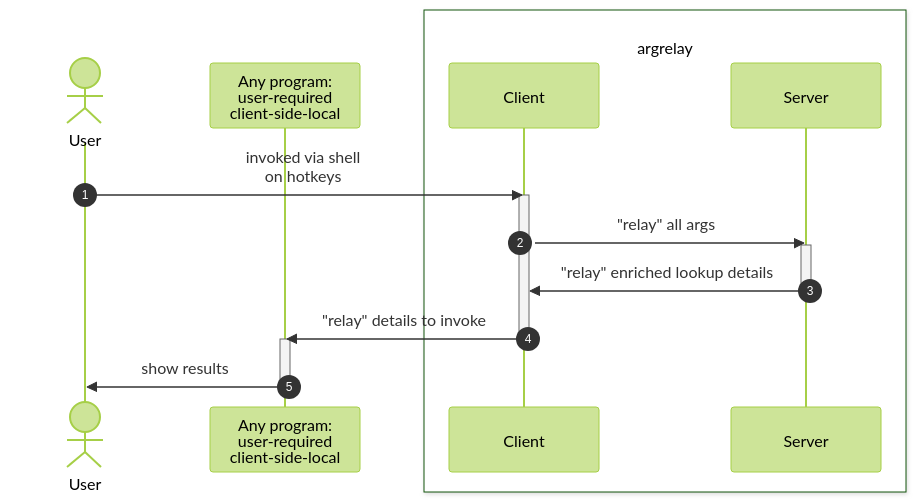
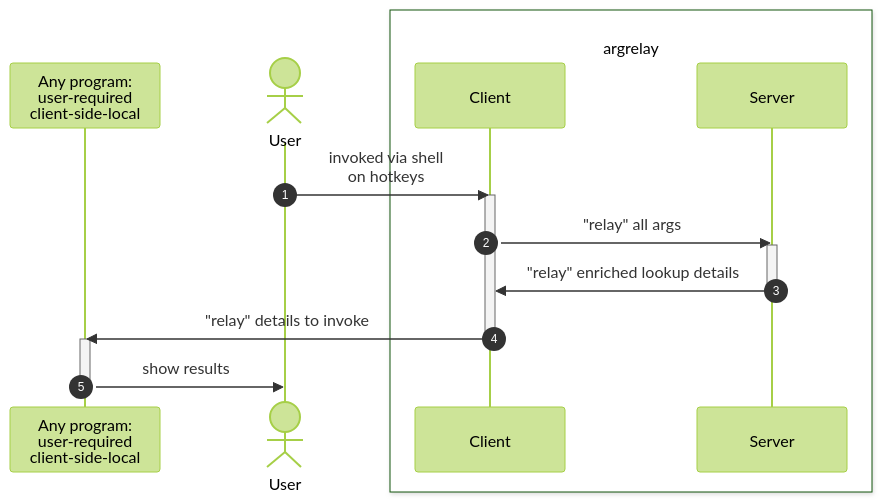
The first of 2 diagrams in readme.md (argrelay/argrelay), drawn with Mermaid (forest theme) before and after one commit. The commit also changed other lines of this file, not shown here.

````diff
--- a/readme.md
+++ b/readme.md
@@ -78,21 +78,21 @@
 ```mermaid
 sequenceDiagram
     autonumber
+    participant P as Any program:<br/>user-required<br/>client-side-local
     actor U as <br/>User
-    participant P as Any program:<br/>user-required<br/>client-side-local
     box rgb(255, 255, 255) <br/>argrelay
     participant C as Client
     participant S as Server
     end
     U ->> C: invoked via shell<br/>on hotkeys
     activate C
     C ->> S: "relay" all args
     activate S
     S ->> C: "relay" enriched lookup details
     deactivate S
     C ->> P: "relay" details to invoke
     deactivate C
     activate P
     P ->> U: show results
     deactivate P
 ```
````
